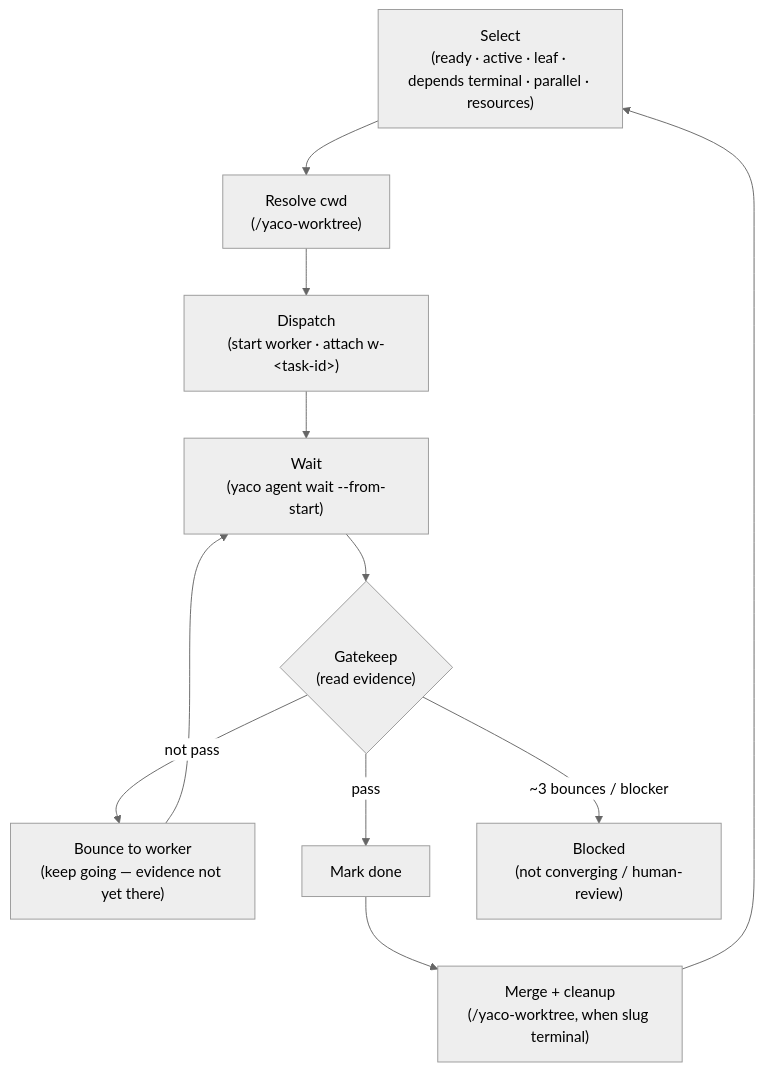
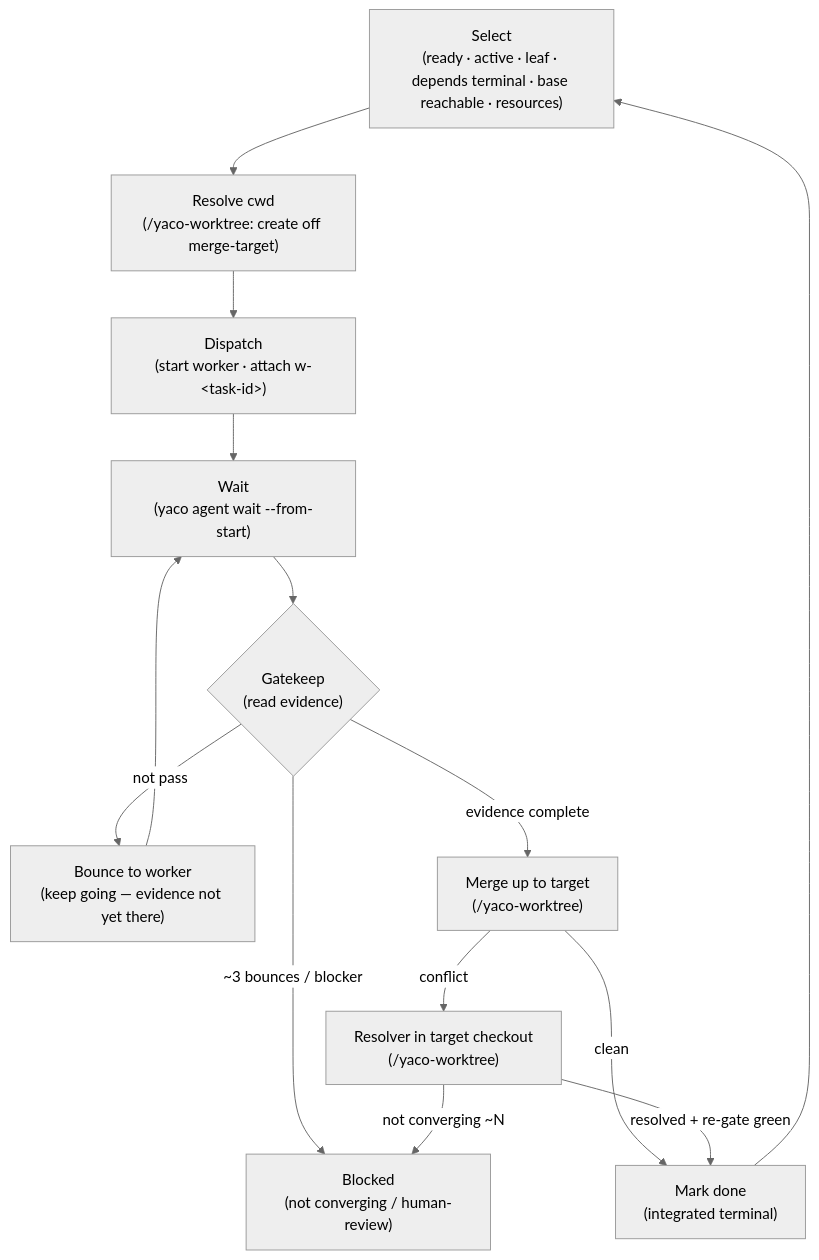
Before and after one commit to imoonkey/yaco: the diagram in agent-config/global/skills/orchestrate/SKILL.md, drawn with Mermaid (neutral theme). The commit also changed other lines of this file and 1 other file, not shown here.

First line of the commit message:
refactor(skills): rewrite orchestrate + yaco-worktree to task-DAG≅worktree-DAG model

````diff
--- a/agent-config/global/skills/orchestrate/SKILL.md
+++ b/agent-config/global/skills/orchestrate/SKILL.md
@@ -19,16 +20,21 @@
 ```mermaid
 flowchart TB
-  SEL["Select<br/>(ready · active · leaf · depends terminal · parallel · resources)"]
-  CWD["Resolve cwd<br/>(/yaco-worktree)"]
+  SEL["Select<br/>(ready · active · leaf · depends terminal · base reachable · resources)"]
+  CWD["Resolve cwd<br/>(/yaco-worktree: create off merge-target)"]
   DISP["Dispatch<br/>(start worker · attach w-&lt;task-id&gt;)"]
   WAIT["Wait<br/>(yaco agent wait --from-start)"]
   GATE{"Gatekeep<br/>(read evidence)"}
   BOUNCE["Bounce to worker<br/>(keep going — evidence not yet there)"]
-  DONE["Mark done"]
-  MERGE["Merge + cleanup<br/>(/yaco-worktree, when slug terminal)"]
+  MERGE["Merge up to target<br/>(/yaco-worktree)"]
+  RES["Resolver in target checkout<br/>(/yaco-worktree)"]
+  DONE["Mark done<br/>(integrated terminal)"]
   BLOCK["Blocked<br/>(not converging / human-review)"]
   SEL --> CWD --> DISP --> WAIT --> GATE
-  GATE -->|pass| DONE --> MERGE --> SEL
+  GATE -->|evidence complete| MERGE
   GATE -->|not pass| BOUNCE --> WAIT
   GATE -->|~3 bounces / blocker| BLOCK
+  MERGE -->|clean| DONE --> SEL
+  MERGE -->|conflict| RES
+  RES -->|resolved + re-gate green| DONE
+  RES -->|not converging ~N| BLOCK
 ```
````
